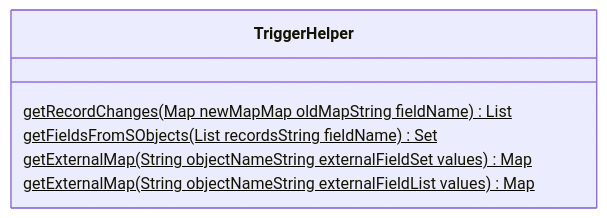
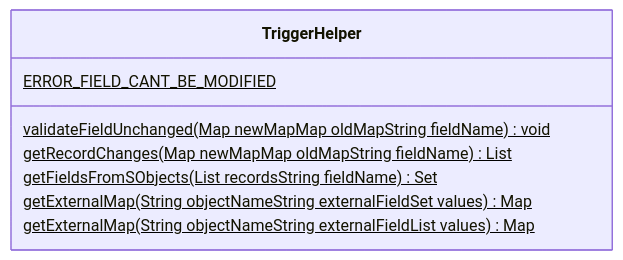
The diagram in docs/diccionarios/classes/TriggerHelper.md (sebastianclaros/stockventa), drawn with Mermaid before and after one commit. The commit also changed other lines of this file and 15 other files, not shown here.

````diff
--- a/docs/diccionarios/classes/TriggerHelper.md
+++ b/docs/diccionarios/classes/TriggerHelper.md
@@ -19,12 +19,14 @@
 ```mermaid
 classDiagram
 
 class TriggerHelper {
     
+     ERROR_FIELD_CANT_BE_MODIFIED $    
+     validateFieldUnchanged(Map newMapMap oldMapString fieldName) void $
      getRecordChanges(Map newMapMap oldMapString fieldName) List $
      getFieldsFromSObjects(List recordsString fieldName) Set $
      getExternalMap(String objectNameString externalFieldSet values) Map $
      getExternalMap(String objectNameString externalFieldList values) Map $
 
 }
 ```
````
